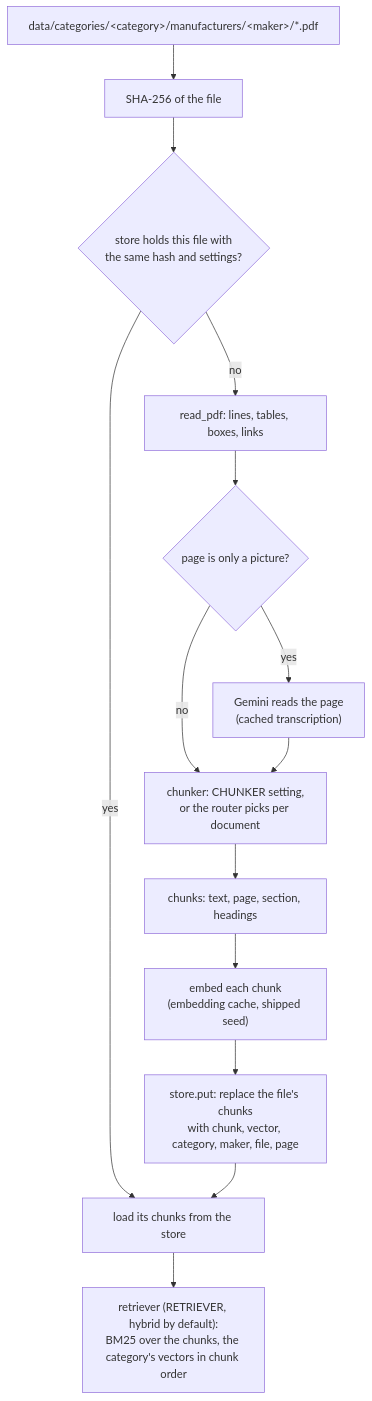
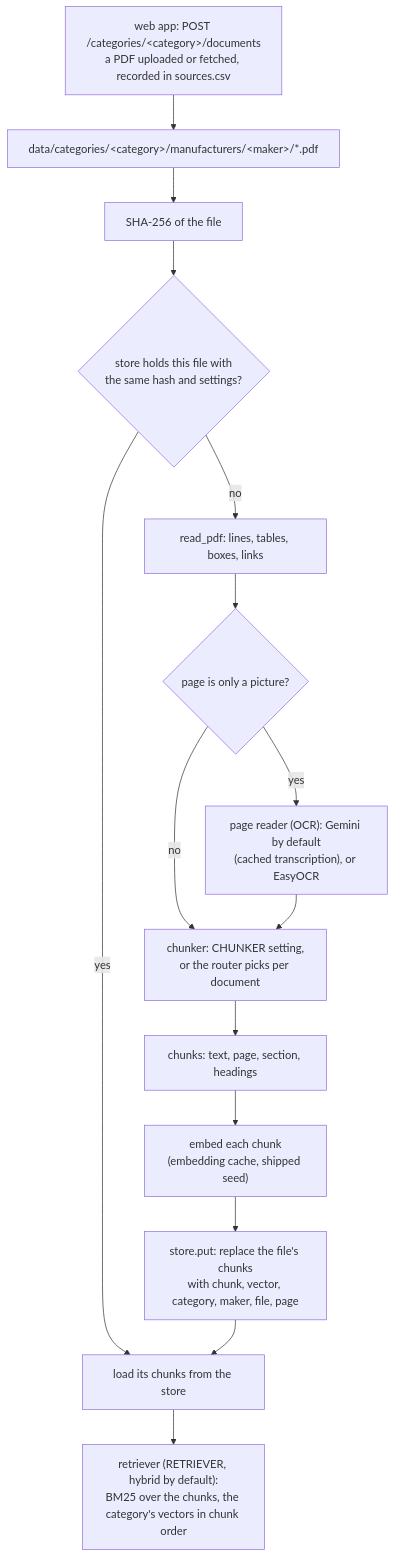
One commit to Shrau1711/tender-requirement-matcher changed the second of 3 diagrams in docs/architecture.md. Above: the diagram before and after it, drawn with Mermaid. The commit also changed other lines of this file and 32 other files, not shown here.

First line of the commit message:
Add documents in the web app; OCR language setting with a local EasyOCR reader

````diff
--- a/docs/architecture.md
+++ b/docs/architecture.md
@@ -65,16 +66,17 @@
 ```mermaid
 flowchart TD
+    ADD["web app: POST /categories/&lt;category&gt;/documents<br/>a PDF uploaded or fetched, recorded in sources.csv"] --> PDF
     PDF["data/categories/&lt;category&gt;/manufacturers/&lt;maker&gt;/*.pdf"] --> HASH["SHA-256 of the file"]
     HASH --> STORED{"store holds this file with<br/>the same hash and settings?"}
     STORED -->|yes| LOAD["load its chunks from the store"]
     STORED -->|no| RP["read_pdf: lines, tables, boxes, links"]
     RP --> PIC{"page is only a picture?"}
-    PIC -->|yes| OCR["Gemini reads the page<br/>(cached transcription)"]
+    PIC -->|yes| OCR["page reader (OCR): Gemini by default<br/>(cached transcription), or EasyOCR"]
     PIC -->|no| ROUTE
     OCR --> ROUTE["chunker: CHUNKER setting,<br/>or the router picks per document"]
     ROUTE --> CH["chunks: text, page, section, headings"]
     CH --> EM["embed each chunk<br/>(embedding cache, shipped seed)"]
     EM --> PUT["store.put: replace the file's chunks<br/>with chunk, vector, category, maker, file, page"]
     PUT --> LOAD
     LOAD --> IDX["retriever (RETRIEVER, hybrid by default):<br/>BM25 over the chunks, the category's vectors in chunk order"]
 ```
````
